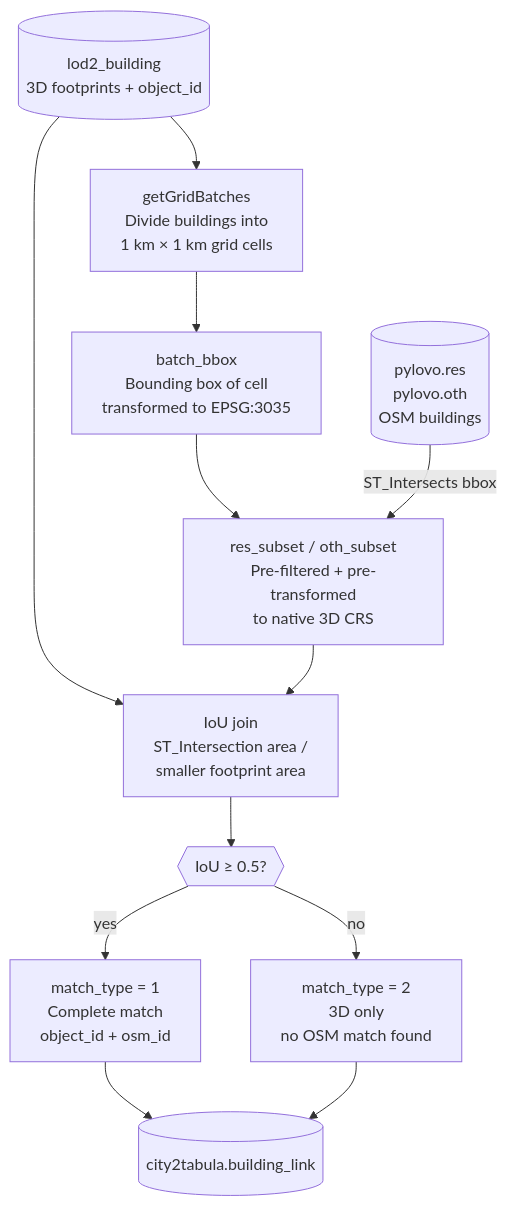
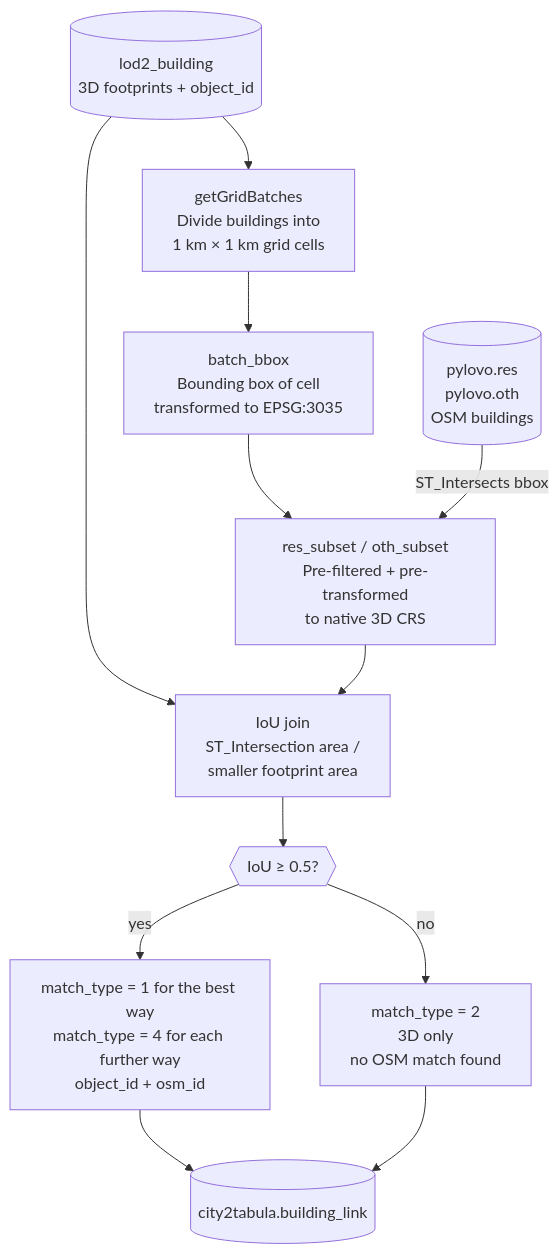
One commit to THD-Spatial-AI/city2tabula changed the diagram in docs/code/pylovo-link/index.md. Above: the diagram before and after it, drawn with Mermaid. The commit also changed other lines of this file and 9 other files, not shown here.

````diff
--- a/docs/code/pylovo-link/index.md
+++ b/docs/code/pylovo-link/index.md
@@ -24,25 +24,25 @@
 ```mermaid
 flowchart TD
     A[("lod2_building<br>3D footprints + object_id")]
     B["getGridBatches<br>Divide buildings into<br>1 km × 1 km grid cells"]
     C["batch_bbox<br>Bounding box of cell<br>transformed to EPSG:3035"]
     D[("pylovo.res<br>pylovo.oth<br>OSM buildings")]
     E["res_subset / oth_subset<br>Pre-filtered + pre-transformed<br>to native 3D CRS"]
     F["IoU join<br>ST_Intersection area /<br>smaller footprint area"]
     G{{"IoU ≥ 0.5?"}}
-    H["match_type = 1<br>Complete match<br>object_id + osm_id"]
+    H["match_type = 1 for the best way<br>match_type = 4 for each further way<br>object_id + osm_id"]
     I["match_type = 2<br>3D only<br>no OSM match found"]
     J[("city2tabula.building_link")]
 
     A --> B
     B --> C
     C --> E
     D -->|ST_Intersects bbox| E
     A --> F
     E --> F
     F --> G
     G -->|yes| H
     G -->|no| I
     H --> J
     I --> J
 ```
````
